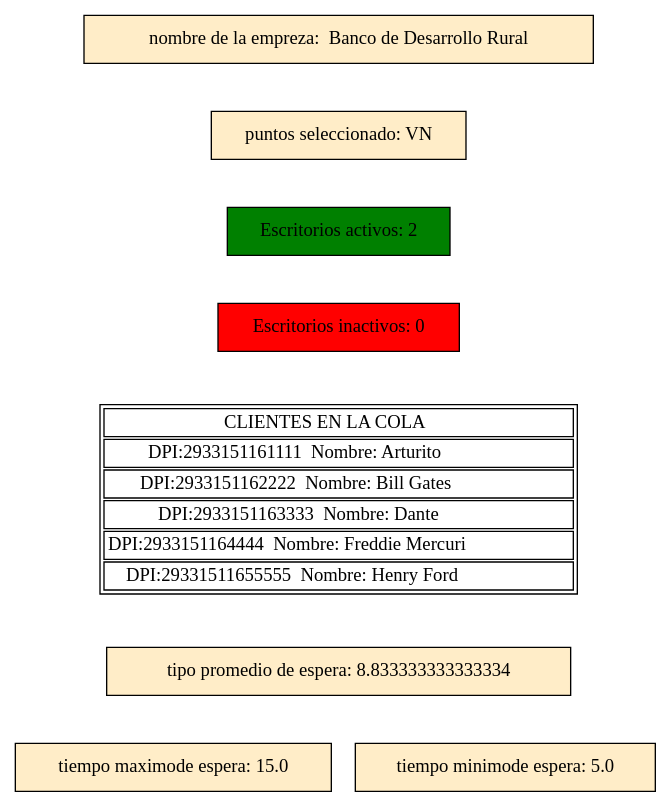
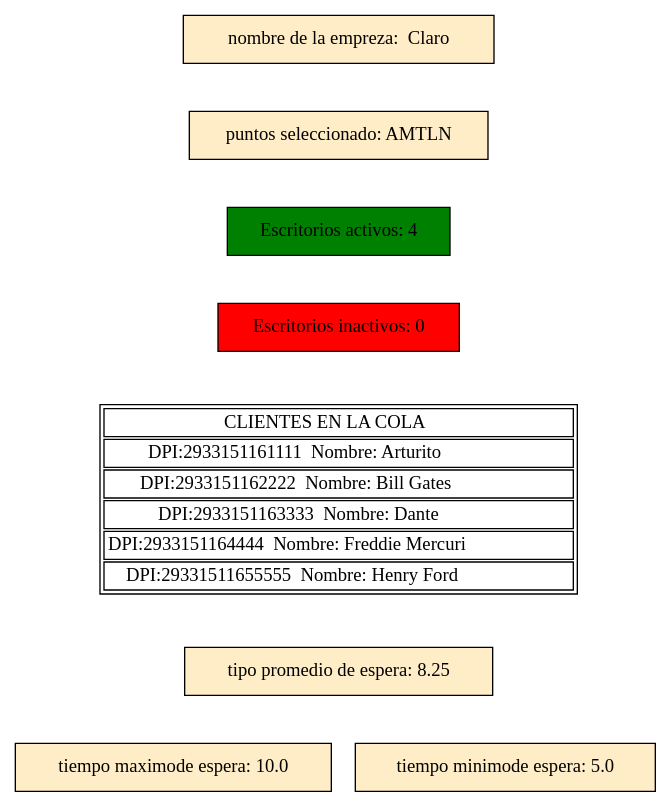
The diagram in d1.dot (Nahomi-Aparicio/-IPC2_Proyecto2_202113293), drawn with Graphviz before and after one commit. The commit also changed 14 other files, not shown here.

```diff
--- a/d1.dot
+++ b/d1.dot
@@ -1,19 +1,19 @@
 digraph G{ 
 node [ shape = box ]
-no[ label="nombre de la empreza:  Banco de Desarrollo Rural "style="filled", fillcolor="#ffbb3344"]
-pu[ label="puntos seleccionado: VN"style="filled", fillcolor="#ffbb3344"]
-ac[ label="Escritorios activos: 2"style="filled", fillcolor="green"]
+no[ label="nombre de la empreza:  Claro "style="filled", fillcolor="#ffbb3344"]
+pu[ label="puntos seleccionado: AMTLN"style="filled", fillcolor="#ffbb3344"]
+ac[ label="Escritorios activos: 4"style="filled", fillcolor="green"]
 in[ label="Escritorios inactivos: 0"style="filled",fillcolor="red"]
-ti[ label="tipo promedio de espera: 8.833333333333334"style="filled", fillcolor="#ffbb3344"]
-tip[ label="tiempo maximode espera: 15.0"style="filled",fillcolor="#ffbb3344"]
+ti[ label="tipo promedio de espera: 8.25"style="filled", fillcolor="#ffbb3344"]
+tip[ label="tiempo maximode espera: 10.0"style="filled",fillcolor="#ffbb3344"]
 tm[ label="tiempo minimode espera: 5.0"style="filled",fillcolor="#ffbb3344"]
 cli[shape=plaintext ,label =<<TABLE><TR><TD>CLIENTES EN LA COLA</TD></TR><TR><TD>DPI:2933151161111  Nombre: Arturito </TD></TR><TR><TD>DPI:2933151162222  Nombre: Bill Gates </TD></TR><TR><TD>DPI:2933151163333  Nombre: Dante </TD></TR><TR><TD>DPI:2933151164444  Nombre: Freddie Mercuri </TD></TR><TR><TD>DPI:29331511655555  Nombre: Henry Ford </TD></TR></TABLE>>];
 ac -> in  [ style=invis ]
 no -> pu  [ style=invis ]
 pu -> ac  [ style=invis ]
 in -> cli  [ style=invis ]
 cli -> ti  [ style=invis ]
 ti -> tip  [ style=invis ]
 ti -> tm  [ style=invis ]
 
 }
```
